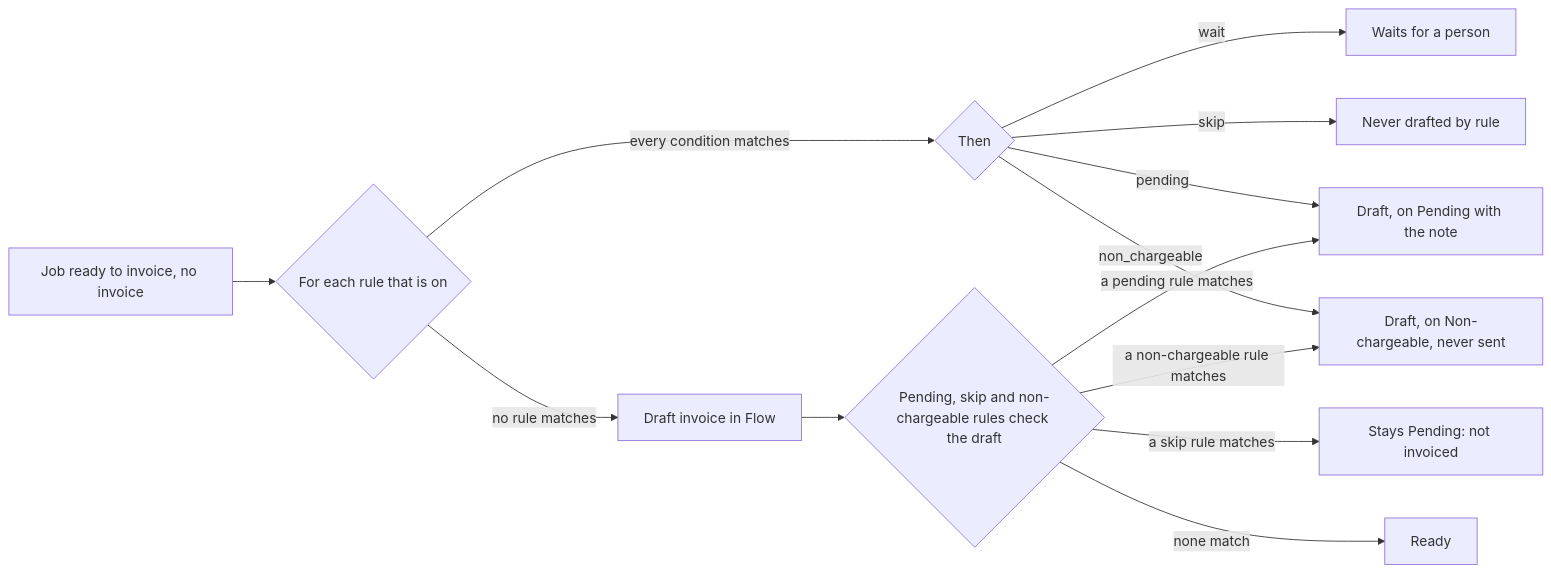
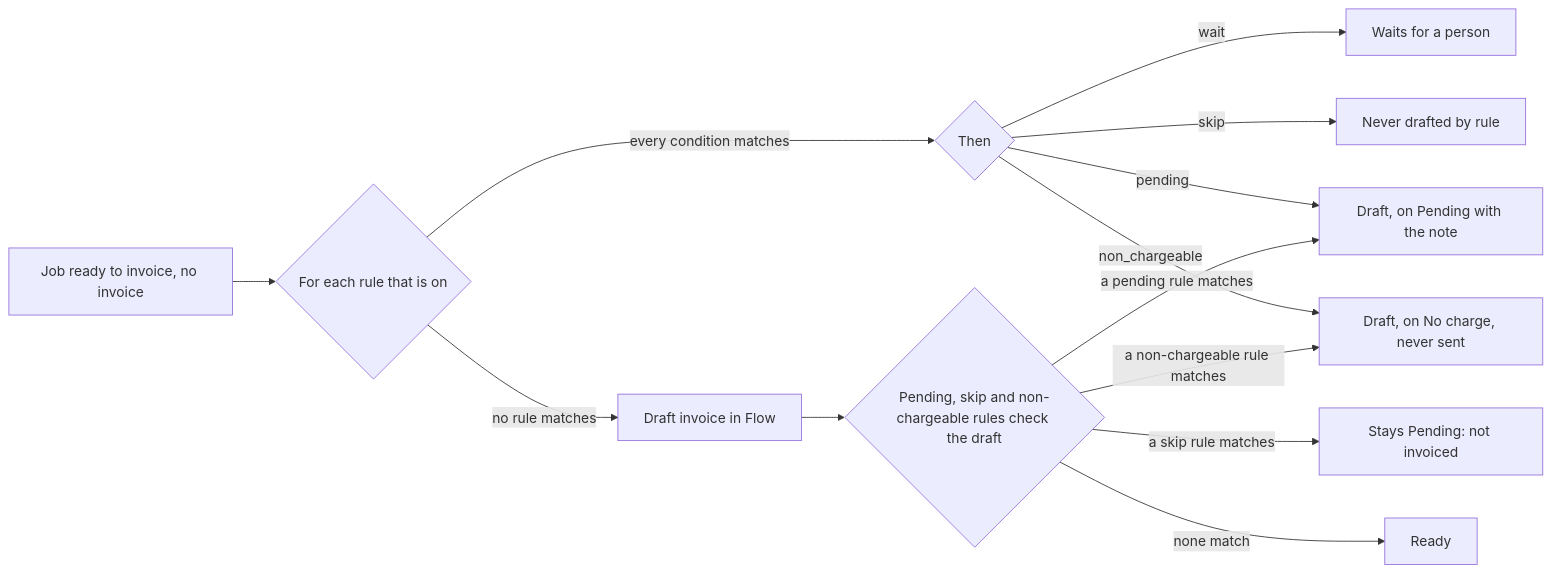
Before and after one commit to arcforgelabs/docs: the diagram in docs/flow/INVOICE_RULES.md, drawn with Mermaid. The commit also changed other lines of this file and 4 other files, not shown here.

Commit message:
chore(sync): mirror docs from arcforgelabs/flow@f007703cf3eaa28ef0ee4476b0f9107a55a3c72b

````diff
--- a/docs/flow/INVOICE_RULES.md
+++ b/docs/flow/INVOICE_RULES.md
@@ -9,15 +9,15 @@
 ```mermaid
 flowchart LR
   ready[Job ready to invoice, no invoice] --> each{For each rule that is on}
   each -- every condition matches --> then{Then}
   then -- wait --> wait[Waits for a person]
   then -- skip --> skip[Never drafted by rule]
   then -- pending --> flagged[Draft, on Pending with the note]
-  then -- non_chargeable --> kept[Draft, on Non-chargeable, never sent]
+  then -- non_chargeable --> kept[Draft, on No charge, never sent]
   each -- no rule matches --> draft[Draft invoice in Flow]
   draft --> check{Pending, skip and non-chargeable rules check the draft}
   check -- a pending rule matches --> flagged
   check -- a skip rule matches --> held[Stays Pending: not invoiced]
   check -- a non-chargeable rule matches --> kept
   check -- none match --> readyTab[Ready]
 ```
````
